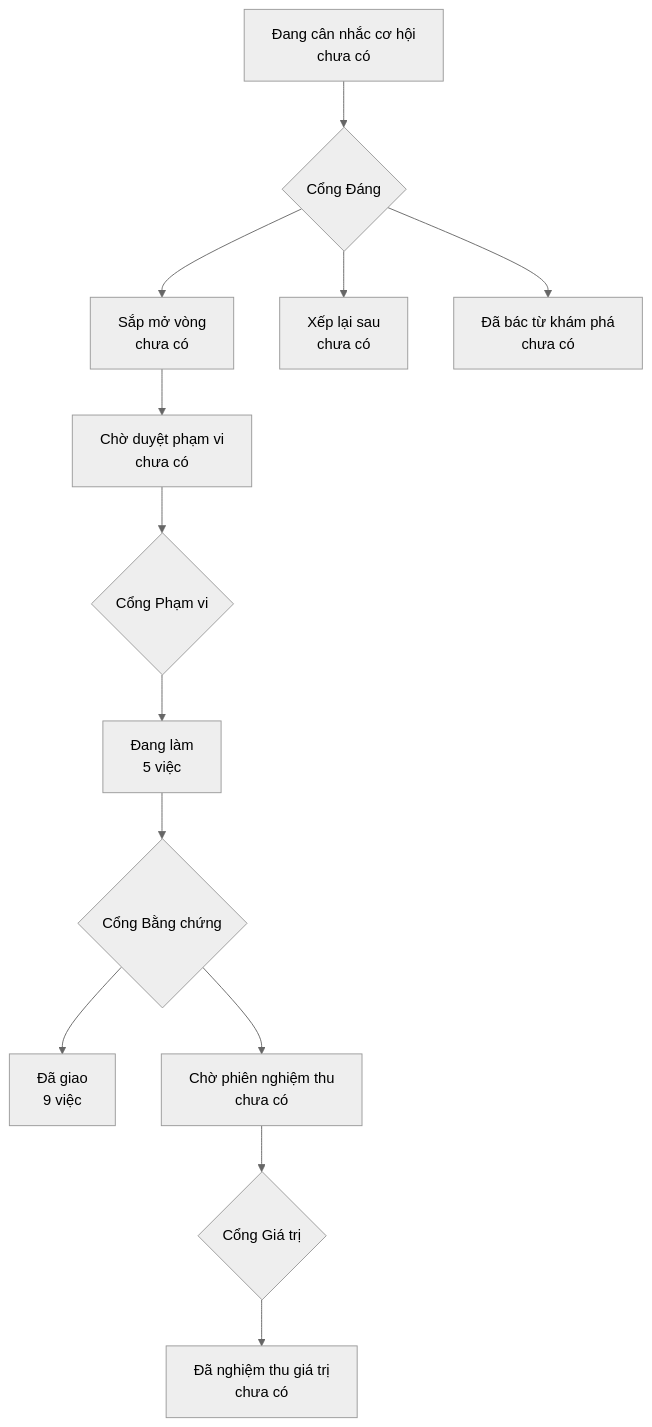
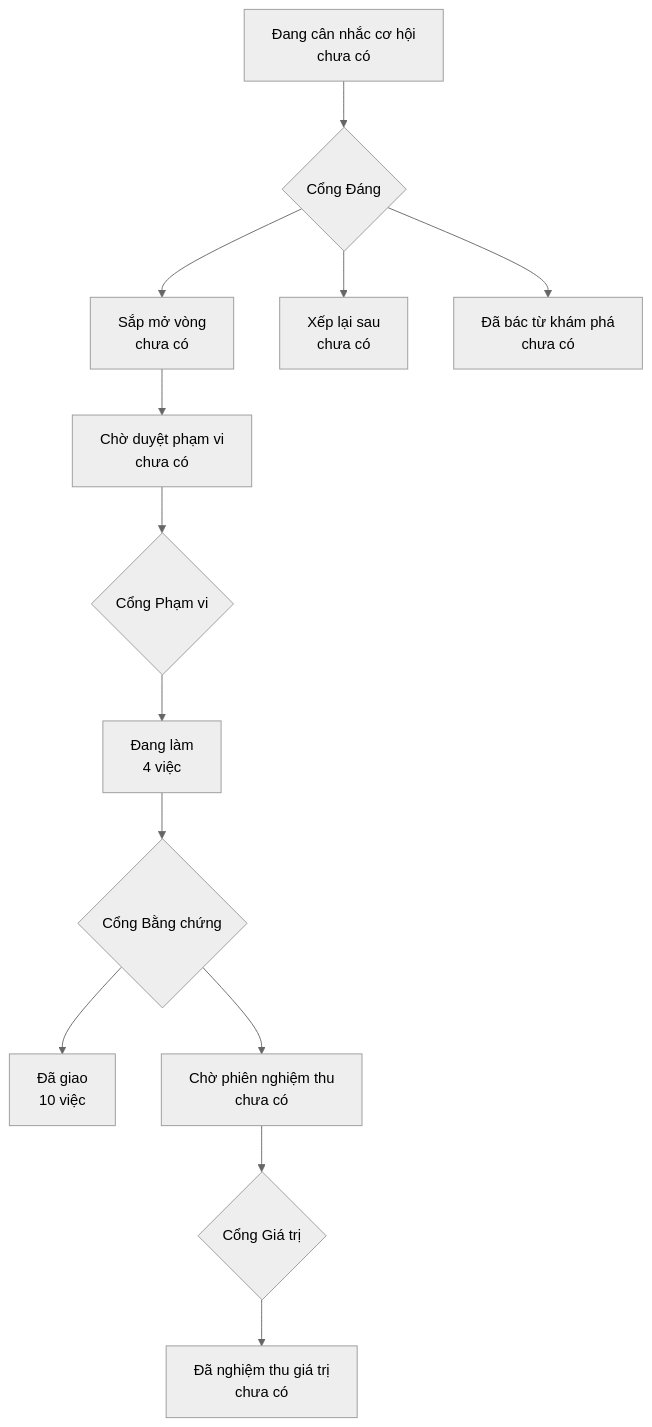
Before and after one commit to phanlemanh/crm-onehub: the diagram in PRODUCT-MAP.md, drawn with Mermaid (neutral theme). The commit also changed 3 other files, not shown here.

````diff
--- a/PRODUCT-MAP.md
+++ b/PRODUCT-MAP.md
@@ -6,12 +6,12 @@
 ```mermaid
 flowchart TD
   A["Đang cân nhắc cơ hội<br/>chưa có"] --> GD{"Cổng Đáng"}
   GD --> B["Sắp mở vòng<br/>chưa có"]
   GD --> XL["Xếp lại sau<br/>chưa có"]
   GD --> DB["Đã bác từ khám phá<br/>chưa có"]
   B --> CD["Chờ duyệt phạm vi<br/>chưa có"] --> GP{"Cổng Phạm vi"}
-  GP --> DL["Đang làm<br/>5 việc"] --> GB{"Cổng Bằng chứng"}
-  GB --> DG["Đã giao<br/>9 việc"]
+  GP --> DL["Đang làm<br/>4 việc"] --> GB{"Cổng Bằng chứng"}
+  GB --> DG["Đã giao<br/>10 việc"]
   GB --> CN["Chờ phiên nghiệm thu<br/>chưa có"] --> GG{"Cổng Giá trị"}
   GG --> NT["Đã nghiệm thu giá trị<br/>chưa có"]
 ```
````
